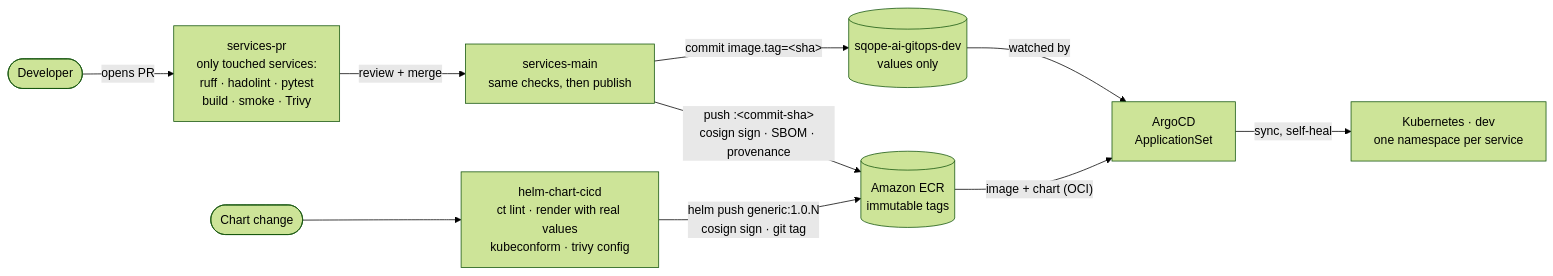
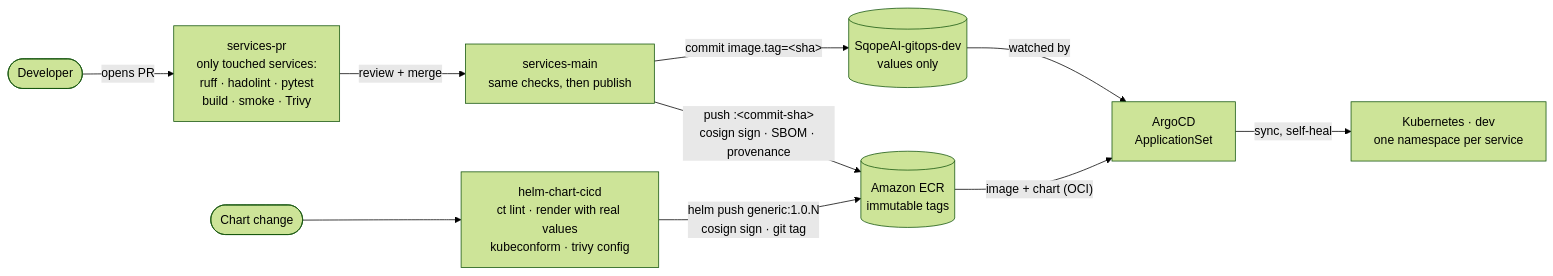
Before and after one commit to gologolo24/SqopeAI: the diagram in README.md, drawn with Mermaid (forest theme). The commit also changed other lines of this file and 8 other files, not shown here.

First line of the commit message:
chore: rename repos to SqopeAI-infra and SqopeAI-gitops-dev

````diff
--- a/README.md
+++ b/README.md
@@ -61,13 +61,13 @@
 ```mermaid
 flowchart LR
     dev([Developer]) -->|opens PR| pr["services-pr<br/>only touched services:<br/>ruff · hadolint · pytest<br/>build · smoke · Trivy"]
     pr -->|review + merge| main["services-main<br/>same checks, then publish"]
     main -->|"push :&lt;commit-sha&gt;<br/>cosign sign · SBOM · provenance"| ecr[("Amazon ECR<br/>immutable tags")]
-    main -->|"commit image.tag=&lt;sha&gt;"| gitops[("sqope-ai-gitops-dev<br/>values only")]
+    main -->|"commit image.tag=&lt;sha&gt;"| gitops[("SqopeAI-gitops-dev<br/>values only")]
     gitops -->|watched by| argo["ArgoCD<br/>ApplicationSet"]
     ecr -->|"image + chart (OCI)"| argo
     argo -->|sync, self-heal| k8s["Kubernetes · dev<br/>one namespace per service"]
 
     chg([Chart change]) --> hc["helm-chart-cicd<br/>ct lint · render with real values<br/>kubeconform · trivy config"]
     hc -->|"helm push generic:1.0.N<br/>cosign sign · git tag"| ecr
 ```
````
